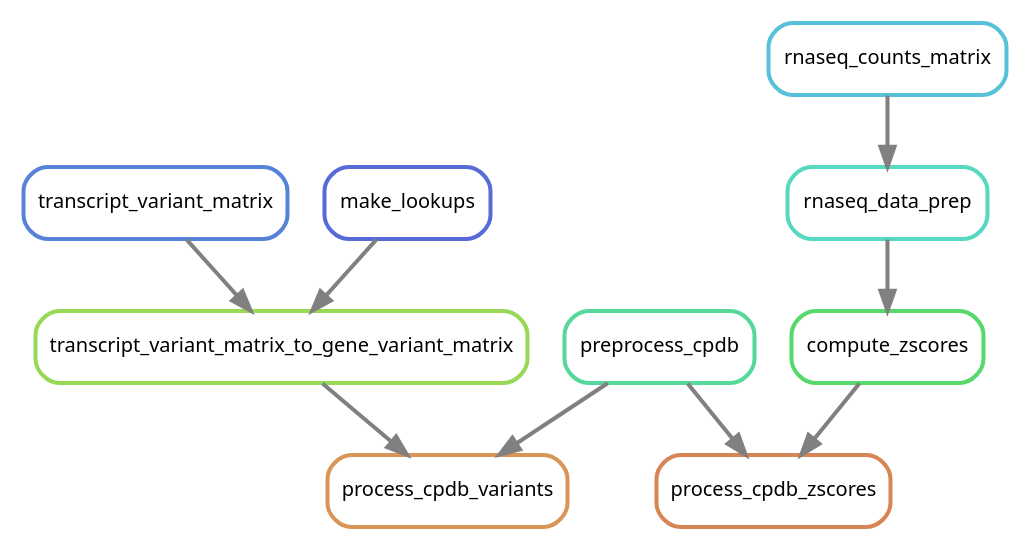
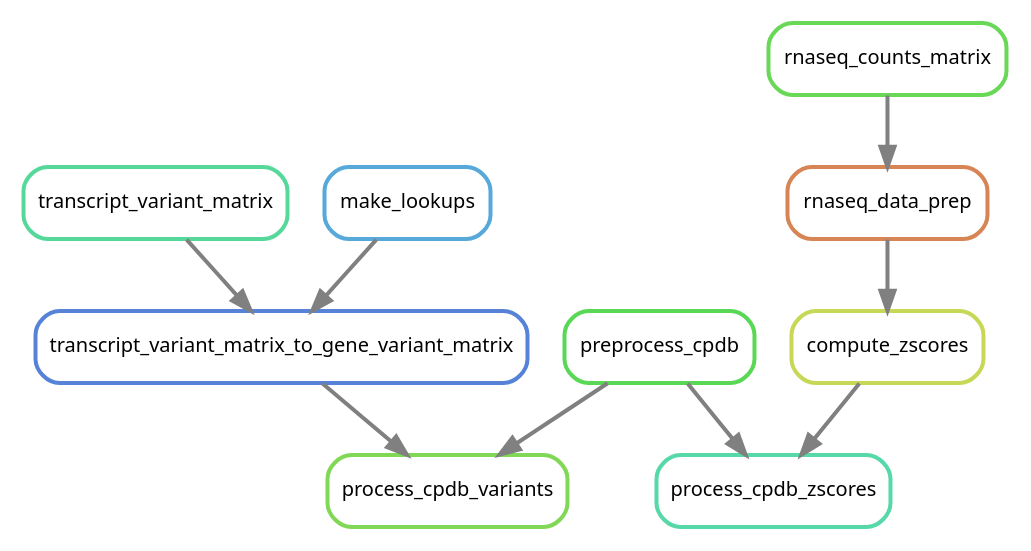
One commit to NCBI-Hackathons/Pharmacogenomics_Prediction_Pipeline_P3 changed the diagram in doc/source/images/cpdb.dot. Above: the diagram before and after it, drawn with Graphviz. The commit also changed 27 other files, not shown here.

```diff
--- a/doc/source/images/cpdb.dot
+++ b/doc/source/images/cpdb.dot
@@ -1,22 +1,22 @@
 digraph snakemake_dag {
     graph[bgcolor=white, margin=0];
     node[shape=box, style=rounded, fontname=sans,                 fontsize=10, penwidth=2];
     edge[penwidth=2, color=grey];
-	0[label = "preprocess_cpdb", color = "0.42 0.6 0.85", style="rounded"];
-	1[label = "rnaseq_data_prep", color = "0.47 0.6 0.85", style="rounded"];
-	2[label = "process_cpdb_variants", color = "0.08 0.6 0.85", style="rounded"];
-	3[label = "rnaseq_counts_matrix", color = "0.53 0.6 0.85", style="rounded"];
-	4[label = "transcript_variant_matrix", color = "0.61 0.6 0.85", style="rounded"];
-	5[label = "process_cpdb_zscores", color = "0.06 0.6 0.85", style="rounded"];
-	6[label = "compute_zscores", color = "0.36 0.6 0.85", style="rounded"];
-	7[label = "transcript_variant_matrix_to_gene_variant_matrix", color = "0.25 0.6 0.85", style="rounded"];
-	8[label = "make_lookups", color = "0.64 0.6 0.85", style="rounded"];
-	3 -> 1
+	0[label = "transcript_variant_matrix", color = "0.42 0.6 0.85", style="rounded"];
+	1[label = "preprocess_cpdb", color = "0.33 0.6 0.85", style="rounded"];
+	2[label = "transcript_variant_matrix_to_gene_variant_matrix", color = "0.61 0.6 0.85", style="rounded"];
+	3[label = "process_cpdb_zscores", color = "0.44 0.6 0.85", style="rounded"];
+	4[label = "compute_zscores", color = "0.19 0.6 0.85", style="rounded"];
+	5[label = "rnaseq_data_prep", color = "0.06 0.6 0.85", style="rounded"];
+	6[label = "rnaseq_counts_matrix", color = "0.31 0.6 0.85", style="rounded"];
+	7[label = "process_cpdb_variants", color = "0.28 0.6 0.85", style="rounded"];
+	8[label = "make_lookups", color = "0.56 0.6 0.85", style="rounded"];
 	0 -> 2
-	7 -> 2
-	0 -> 5
+	8 -> 2
+	1 -> 3
+	4 -> 3
+	5 -> 4
 	6 -> 5
-	1 -> 6
-	4 -> 7
-	8 -> 7
+	1 -> 7
+	2 -> 7
 }            
```
